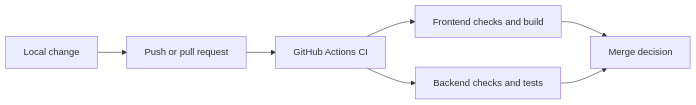
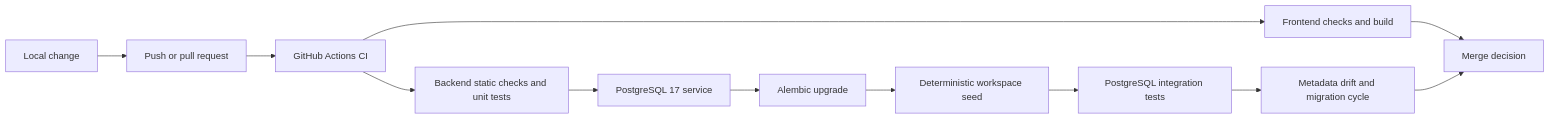
The diagram in .github/README.md (rnkraus/investment-research), drawn with Mermaid before and after one commit. The commit also changed other lines of this file and 2 other files, not shown here.

Commit message:
ci: verify PostgreSQL migrations and persistence

````diff
--- a/.github/README.md
+++ b/.github/README.md
@@ -13,9 +13,14 @@
 ```mermaid
 flowchart LR
     CHANGE[Local change] --> PUSH[Push or pull request]
     PUSH --> CI[GitHub Actions CI]
     CI --> FRONTEND[Frontend checks and build]
-    CI --> BACKEND[Backend checks and tests]
+    CI --> BACKEND[Backend static checks and unit tests]
+    BACKEND --> POSTGRES[PostgreSQL 17 service]
+    POSTGRES --> MIGRATE[Alembic upgrade]
+    MIGRATE --> SEED[Deterministic workspace seed]
+    SEED --> INTEGRATION[PostgreSQL integration tests]
+    INTEGRATION --> DRIFT[Metadata drift and migration cycle]
     FRONTEND --> GATE[Merge decision]
-    BACKEND --> GATE
+    DRIFT --> GATE
 ```
````
